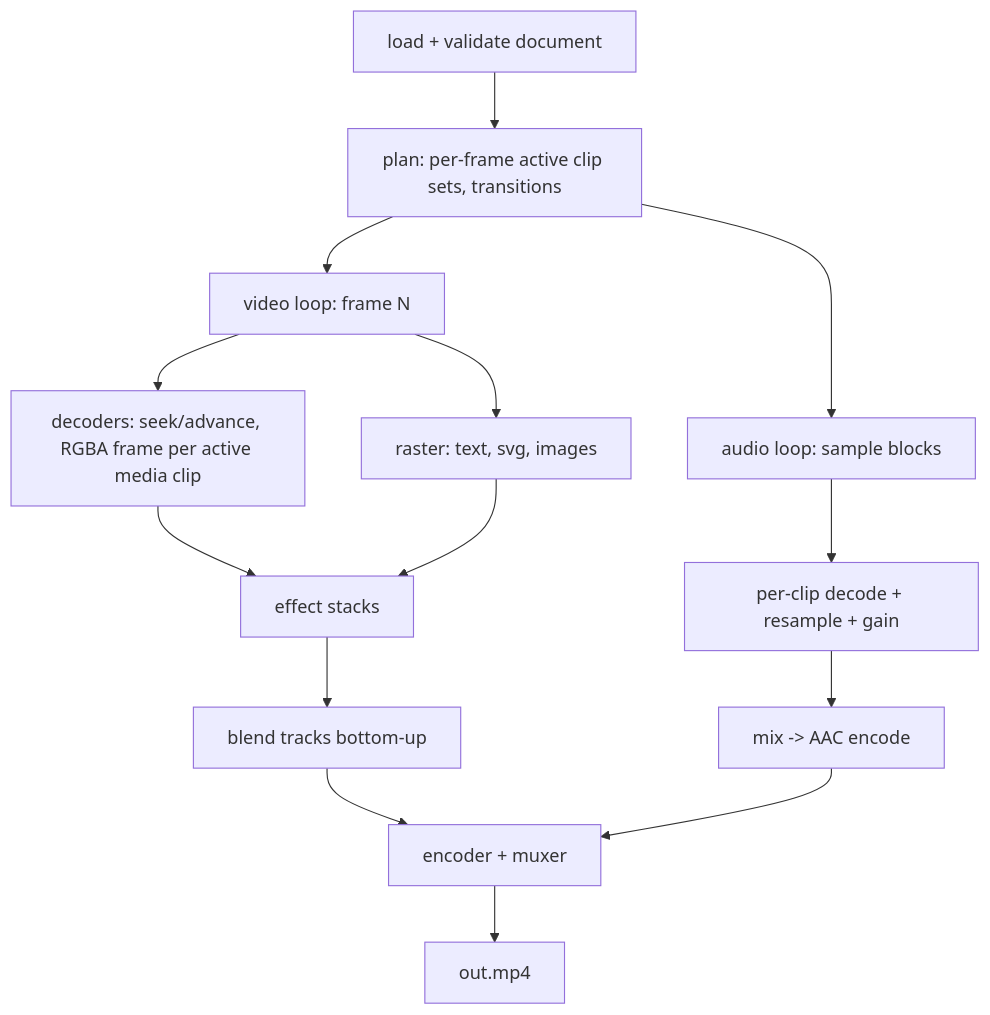
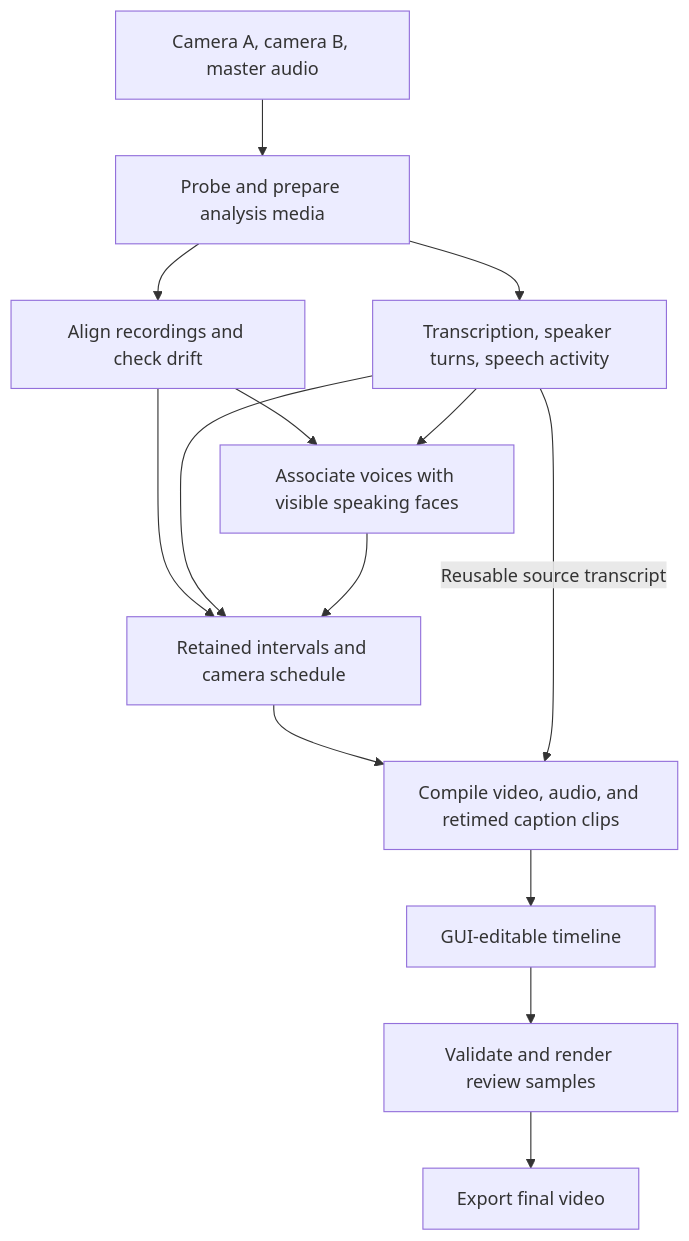
The second of 4 diagrams in rust/src/cli/PLAN.md (waterblower/opencut), drawn with Mermaid before and after one commit. The commit also changed other lines of this file and 29 other files, not shown here.

````diff
--- a/rust/src/cli/PLAN.md
+++ b/rust/src/cli/PLAN.md
@@ -301,16 +109,27 @@
 ```mermaid
-graph TD
-    A[load + validate document] --> B[plan: per-frame active clip sets, transitions]
-    B --> C[video loop: frame N]
-    C --> D[decoders: seek/advance, RGBA frame per active media clip]
-    C --> E[raster: text, svg, images]
-    D --> F[effect stacks]
-    E --> F
-    F --> G[blend tracks bottom-up]
-    G --> H[encoder + muxer]
-    B --> I[audio loop: sample blocks]
-    I --> J[per-clip decode + resample + gain]
-    J --> K[mix -> AAC encode]
-    K --> H
-    H --> L[out.mp4]
+flowchart TD
+    Inputs[Camera A, camera B, master audio]
+    Prep[Probe and prepare analysis media]
+    Sync[Align recordings and check drift]
+    Speech[Transcription, speaker turns, speech activity]
+    Match[Associate voices with visible speaking faces]
+    Decide[Retained intervals and camera schedule]
+    Compile[Compile video, audio, and retimed caption clips]
+    Timeline[GUI-editable timeline]
+    Verify[Validate and render review samples]
+    Export[Export final video]
+
+    Inputs --> Prep
+    Prep --> Sync
+    Prep --> Speech
+    Sync --> Match
+    Speech --> Match
+    Sync --> Decide
+    Speech --> Decide
+    Match --> Decide
+    Decide --> Compile
+    Compile --> Timeline
+    Timeline --> Verify
+    Verify --> Export
+    Speech -->|Reusable source transcript| Compile
 ```
````
